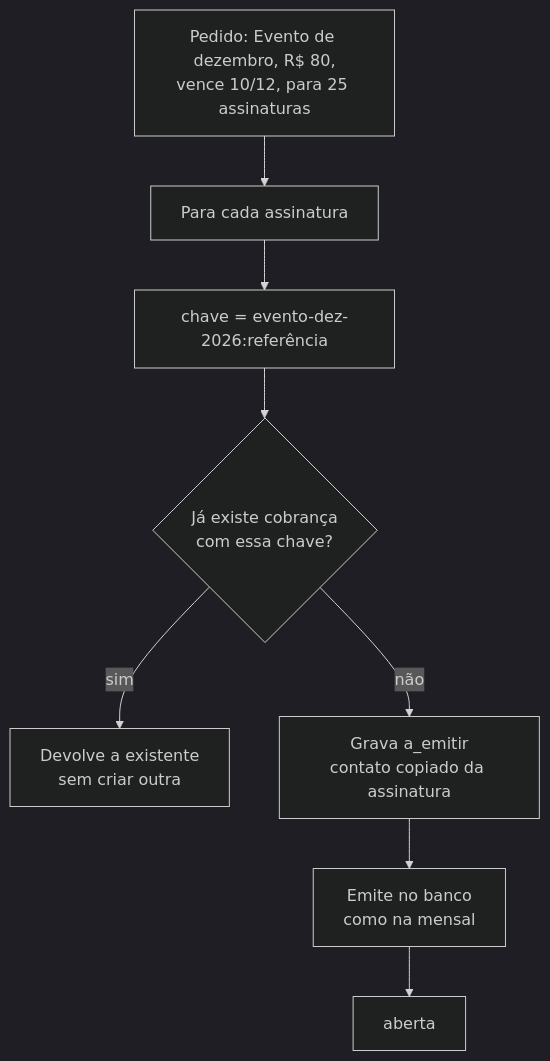
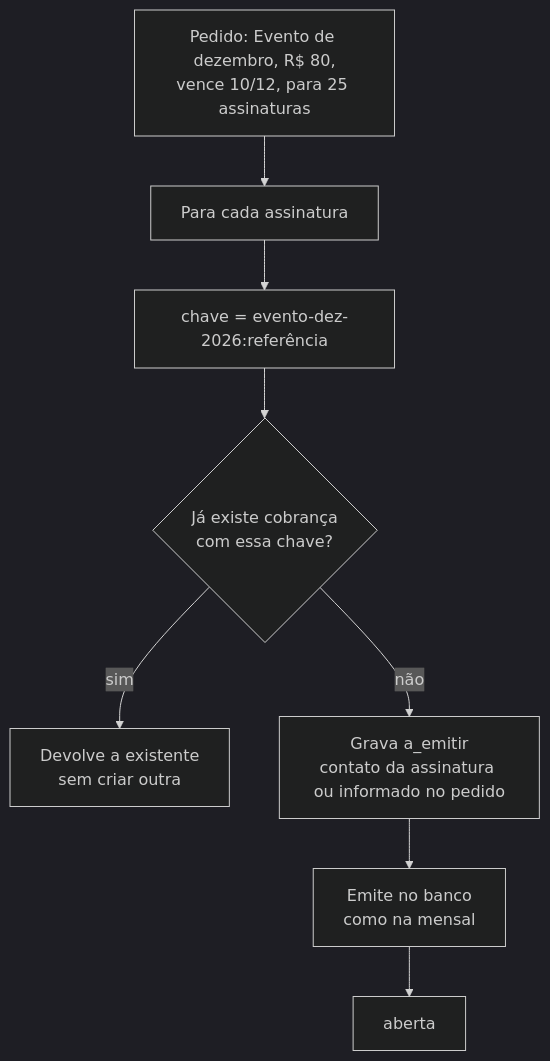
Before and after one commit to leonardorudolfocardoso/pix-em-dia: the fourth of 9 diagrams in docs/processos.md, drawn with Mermaid (dark theme). The commit also changed other lines of this file and 2 other files, not shown here.

````diff
--- a/docs/processos.md
+++ b/docs/processos.md
@@ -114,10 +114,10 @@
 ```mermaid
 flowchart TD
   pedido["Pedido: Evento de dezembro, R$ 80,<br/>vence 10/12, para 25 assinaturas"] --> cada["Para cada assinatura"]
   cada --> chave["chave = evento-dez-2026:referência"]
   chave --> existe{"Já existe cobrança<br/>com essa chave?"}
   existe -->|sim| devolve["Devolve a existente<br/>sem criar outra"]
-  existe -->|não| grava["Grava a_emitir<br/>contato copiado da assinatura"]
+  existe -->|não| grava["Grava a_emitir<br/>contato da assinatura ou informado no pedido"]
   grava --> emite["Emite no banco<br/>como na mensal"]
   emite --> aberta["aberta"]
 ```
````
